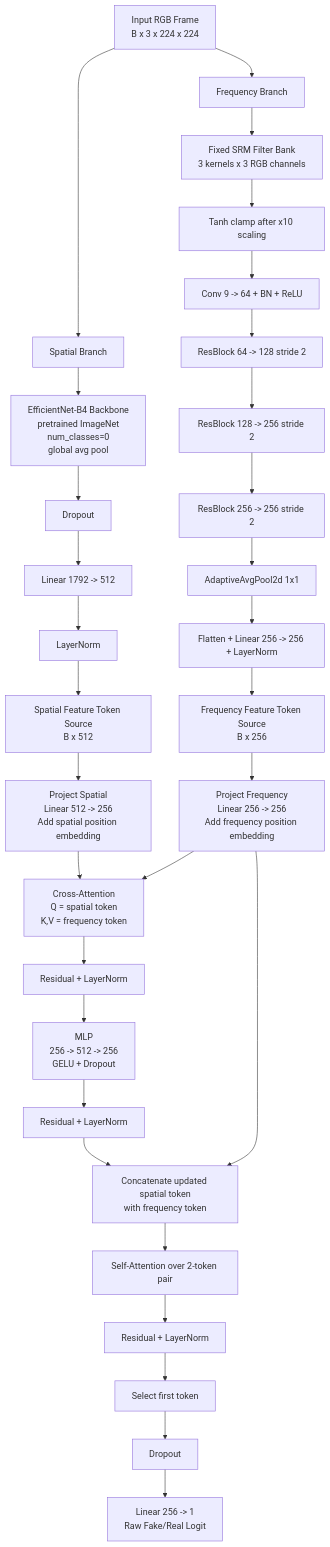
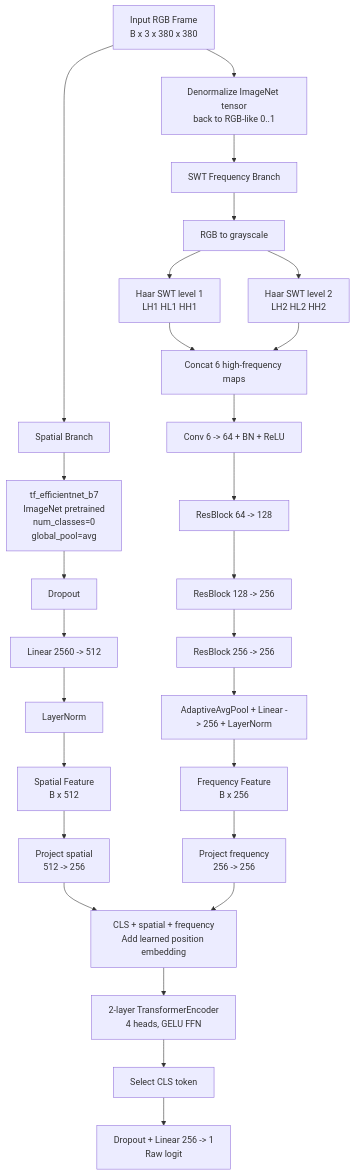
The diagram in docs/model_architecture_design.md (akshaymoharir/DeepFakeDetection), drawn with Mermaid before and after one commit. The commit also changed other lines of this file and 7 other files, not shown here.

````diff
--- a/docs/model_architecture_design.md
+++ b/docs/model_architecture_design.md
@@ -377,42 +301,33 @@
 ```mermaid
 flowchart TD
-    A[Input RGB Frame\nB x 3 x 224 x 224]
+    A[Input RGB Frame\nB x 3 x 380 x 380]
 
     A --> S1[Spatial Branch]
-    A --> F1[Frequency Branch]
+    S1 --> S2[tf_efficientnet_b7\nImageNet pretrained\nnum_classes=0\nglobal_pool=avg]
+    S2 --> S3[Dropout]
+    S3 --> S4[Linear 2560 -> 512]
+    S4 --> S5[LayerNorm]
+    S5 --> ST[Spatial Feature\nB x 512]
 
-    S1 --> S2[EfficientNet-B4 Backbone\npretrained ImageNet\nnum_classes=0\nglobal avg pool]
-    S2 --> S3[Dropout]
-    S3 --> S4[Linear 1792 -> 512]
-    S4 --> S5[LayerNorm]
-    S5 --> ST[Spatial Feature Token Source\nB x 512]
+    A --> D1[Denormalize ImageNet tensor\nback to RGB-like 0..1]
+    D1 --> F1[SWT Frequency Branch]
+    F1 --> F2[RGB to grayscale]
+    F2 --> F3[Haar SWT level 1\nLH1 HL1 HH1]
+    F2 --> F4[Haar SWT level 2\nLH2 HL2 HH2]
+    F3 --> F5[Concat 6 high-frequency maps]
+    F4 --> F5
+    F5 --> F6[Conv 6 -> 64 + BN + ReLU]
+    F6 --> F7[ResBlock 64 -> 128]
+    F7 --> F8[ResBlock 128 -> 256]
+    F8 --> F9[ResBlock 256 -> 256]
+    F9 --> F10[AdaptiveAvgPool + Linear -> 256 + LayerNorm]
+    F10 --> FT[Frequency Feature\nB x 256]
 
-    F1 --> F2[Fixed SRM Filter Bank\n3 kernels x 3 RGB channels]
-    F2 --> F3[Tanh clamp after x10 scaling]
-    F3 --> F4[Conv 9 -> 64 + BN + ReLU]
-    F4 --> F5[ResBlock 64 -> 128 stride 2]
-    F5 --> F6[ResBlock 128 -> 256 stride 2]
-    F6 --> F7[ResBlock 256 -> 256 stride 2]
-    F7 --> F8[AdaptiveAvgPool2d 1x1]
-    F8 --> F9[Flatten + Linear 256 -> 256 + LayerNorm]
-    F9 --> FT[Frequency Feature Token Source\nB x 256]
-
-    ST --> P1[Project Spatial\nLinear 512 -> 256\nAdd spatial position embedding]
-    FT --> P2[Project Frequency\nLinear 256 -> 256\nAdd frequency position embedding]
-
-    P1 --> CA[Cross-Attention\nQ = spatial token\nK,V = frequency token]
-    P2 --> CA
-
-    CA --> N1[Residual + LayerNorm]
-    N1 --> MLP[MLP\n256 -> 512 -> 256\nGELU + Dropout]
-    MLP --> N2[Residual + LayerNorm]
-
-    N2 --> CAT[Concatenate updated spatial token\nwith frequency token]
-    P2 --> CAT
-
-    CAT --> SA[Self-Attention over 2-token pair]
-    SA --> N3[Residual + LayerNorm]
-    N3 --> CLS[Select first token]
-    CLS --> D1[Dropout]
-    D1 --> OUT[Linear 256 -> 1\nRaw Fake/Real Logit]
+    ST --> P1[Project spatial\n512 -> 256]
+    FT --> P2[Project frequency\n256 -> 256]
+    P1 --> TOK[CLS + spatial + frequency\nAdd learned position embedding]
+    P2 --> TOK
+    TOK --> ENC[2-layer TransformerEncoder\n4 heads, GELU FFN]
+    ENC --> CLS[Select CLS token]
+    CLS --> OUT[Dropout + Linear 256 -> 1\nRaw logit]
 ```
````
